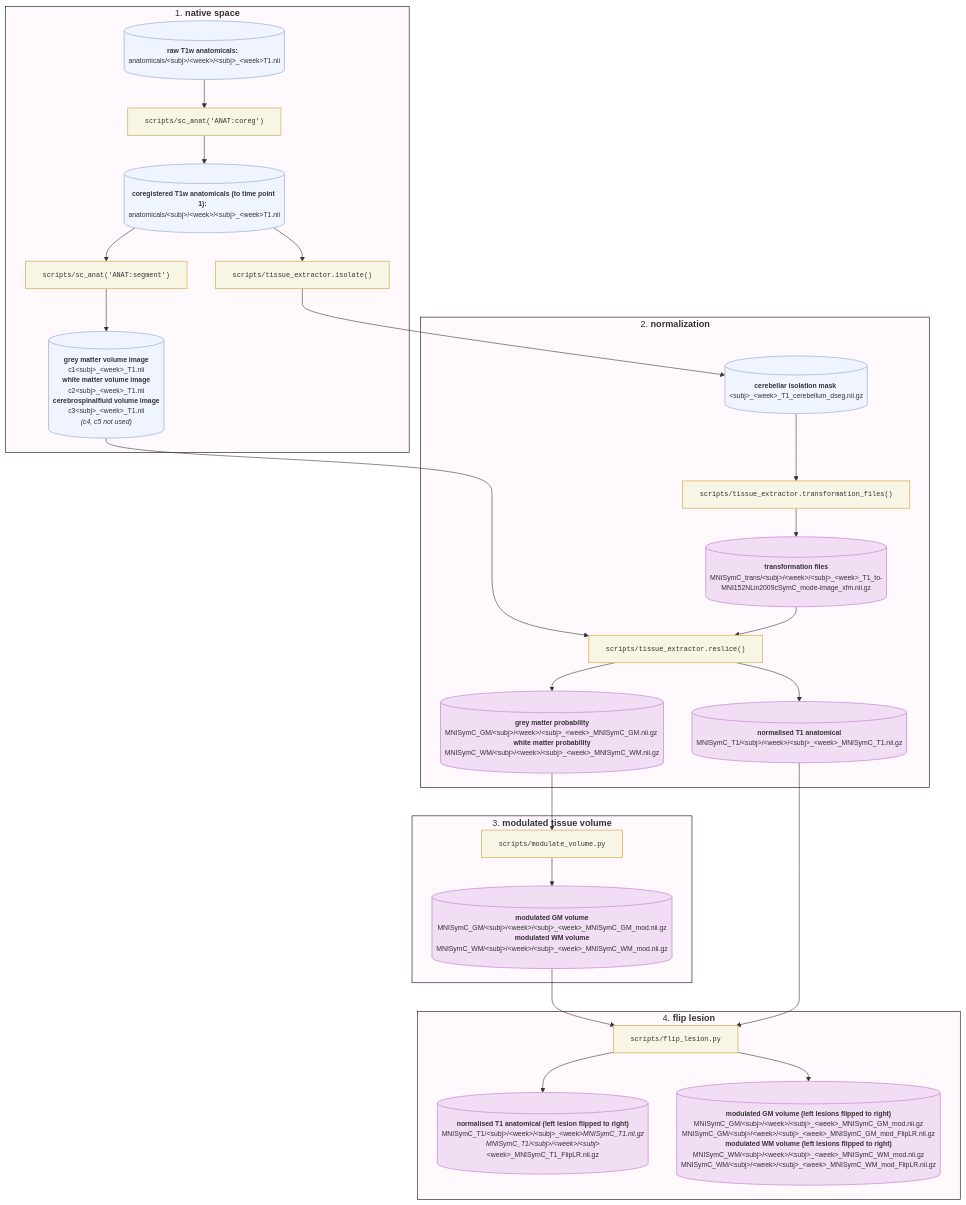
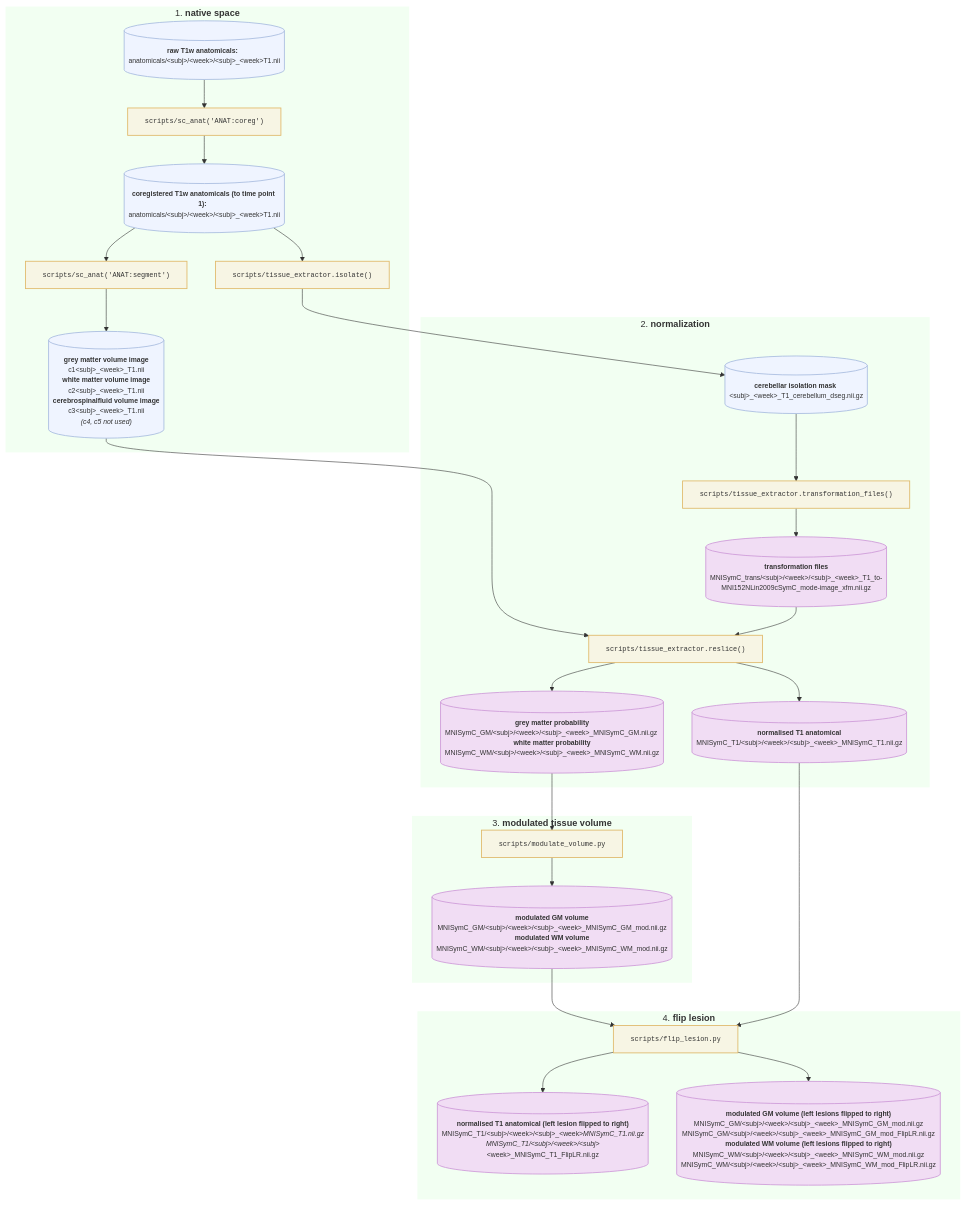
Before and after one commit to medhakp/smarts_cerebellum: the diagram in README.md, drawn with Mermaid.

Commit message:
update readme
Updated styles for nodes in the diagram to use a transparent fill color.

````diff
--- a/README.md
+++ b/README.md
@@ -17,72 +17,71 @@
 ```mermaid
 flowchart TB
  subgraph S1["1. <b>native space</b>"]
         P1@{ label: "scripts/sc_anat('ANAT:coreg')" }
         A[("<b>raw T1w anatomicals: </b> <br>anatomicals/&lt;subj&gt;/&lt;week&gt;/&lt;subj&gt;_&lt;week&gt;T1.nii")]
         B[("<b>coregistered T1w anatomicals (to time point 1): </b> <br>anatomicals/&lt;subj&gt;/&lt;week&gt;/&lt;subj&gt;_&lt;week&gt;T1.nii<br>")]
         P2@{ label: "scripts/sc_anat('ANAT:segment')" }
         P3["scripts/tissue_extractor.isolate()"]
         C[("<b>grey matter volume image</b><br>c1&lt;subj&gt;_&lt;week&gt;_T1.nii<br><b>white matter volume image</b><br>c2&lt;subj&gt;_&lt;week&gt;_T1.nii<br><b>cerebrospinalfluid volume image</b><br>c3&lt;subj&gt;_&lt;week&gt;_T1.nii<br><i>(c4, c5 not used)</i>")]
   end
  subgraph S2["2. <b>normalization</b>"]
         D[("<b>cerebellar isolation mask</b> <br>&lt;subj&gt;_&lt;week&gt;_T1_cerebellum_dseg.nii.gz<br>")]
         P4["scripts/tissue_extractor.transformation_files()"]
         E[("<b>transformation files</b><br>MNISymC_trans/&lt;subj&gt;/&lt;week&gt;/&lt;subj&gt;_&lt;week&gt;_T1_to-MNI152NLin2009cSymC_mode-image_xfm.nii.gz<br>")]
         F["scripts/tissue_extractor.reslice()"]
         G[("<b>normalised T1 anatomical</b><br>MNISymC_T1/&lt;subj&gt;/&lt;week&gt;/&lt;subj&gt;_&lt;week&gt;_MNISymC_T1.nii.gz<br>")]
         H[("<b>grey matter probability</b><br>MNISymC_GM/&lt;subj&gt;/&lt;week&gt;/&lt;subj&gt;_&lt;week&gt;_MNISymC_GM.nii.gz <br><b>white matter probability</b><br>MNISymC_WM/&lt;subj&gt;/&lt;week&gt;/&lt;subj&gt;_&lt;week&gt;_MNISymC_WM.nii.gz")]
   end
  subgraph S3["3. <b> modulated tissue volume</b>"]
         P5["scripts/modulate_volume.py"]
         I[("<b>modulated GM volume</b><br>MNISymC_GM/&lt;subj&gt;/&lt;week&gt;/&lt;subj&gt;_&lt;week&gt;_MNISymC_GM_mod.nii.gz<br><b>modulated WM volume</b><br>MNISymC_WM/&lt;subj&gt;/&lt;week&gt;/&lt;subj&gt;_&lt;week&gt;_MNISymC_WM_mod.nii.gz")]
   end
  subgraph S4["4. <b>flip lesion</b>"]
         P6["scripts/flip_lesion.py"]
         J@{ label: "<span style=\"--tw-border-spacing-y:\">**normalised T1 anatomical (left lesion flipped to right)**</span><br style=\"--tw-border-spacing-y:\">MNISymC_T1/&lt;subj&gt;/&lt;week&gt;/&lt;subj&gt;_&lt;week&gt;_MNISymC_T1.nii.gz<br>MNISymC_T1/&lt;subj&gt;/&lt;week&gt;/&lt;subj&gt;_&lt;week&gt;_MNISymC_T1_FlipLR.nii.gz" }
         K[("<b>modulated GM volume (left lesions flipped to right)</b><br>MNISymC_GM/&lt;subj&gt;/&lt;week&gt;/&lt;subj&gt;_&lt;week&gt;_MNISymC_GM_mod.nii.gz<br>MNISymC_GM/&lt;subj&gt;/&lt;week&gt;/&lt;subj&gt;_&lt;week&gt;_MNISymC_GM_mod_FlipLR.nii.gz<br><b>modulated WM volume (left lesions flipped to right)</b><br>MNISymC_WM/&lt;subj&gt;/&lt;week&gt;/&lt;subj&gt;_&lt;week&gt;_MNISymC_WM_mod.nii.gz<br>MNISymC_WM/&lt;subj&gt;/&lt;week&gt;/&lt;subj&gt;_&lt;week&gt;_MNISymC_WM_mod_FlipLR.nii.gz")]
   end
     A --> P1
     P1 --> B
     B --> P2 & P3
     P2 --> C
     P3 --> D
     D --> P4
     P4 --> E
     C --> F
     E --> F
     F --> G & H
     H --> P5
     P5 --> I
     I --> P6
     G --> P6
     P6 --> J & K
 
     P1@{ shape: rect}
     P2@{ shape: rect}
     J@{ shape: cylinder}
      P1:::processNode
      A:::nativeNode
      B:::nativeNode
      P2:::processNode
      P3:::processNode
      C:::nativeNode
      D:::nativeNode
      P4:::processNode
      E:::templateNode
      F:::processNode
      G:::templateNode
      H:::templateNode
      P5:::processNode
      I:::templateNode
      P6:::processNode
      J:::templateNode
      K:::templateNode
     classDef nativeNode fill:#eff4ff,stroke:#a8bce0,stroke-width:1.5px,color:#333,font-family:Arial,font-size:12px
     classDef templateNode fill:#f1ddf4,stroke:#ce9bd9,stroke-width:1.5px,color:#333,font-family:Arial,font-size:12px
     classDef processNode fill:#f7f5e4,stroke:#e0b96a,stroke-width:1.5px,color:#333,font-family:monospace,font-size:12px
-    style S1 stroke:#000000,fill:#ffd9f52b
-    style S2 fill:#ffd9f52b,stroke:#000000
-    style S3 fill:#ffd9f52b,stroke:#000000
-    style S4 fill:#ffd9f52b,stroke:#000000
-
+    style S1 stroke:transparent,fill:#f2fff2
+    style S2 fill:#f2fff2,stroke:transparent
+    style S3 fill:#f2fff2,stroke:transparent
+    style S4 fill:#f2fff2,stroke:transparent
 ```
````
